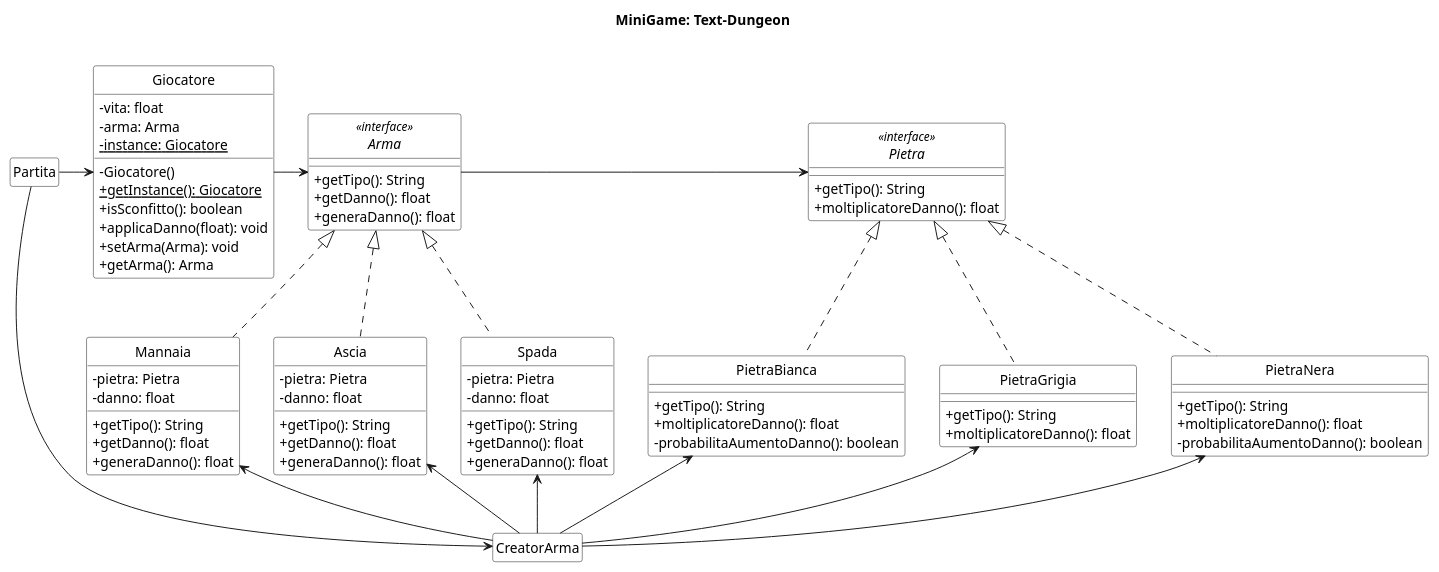
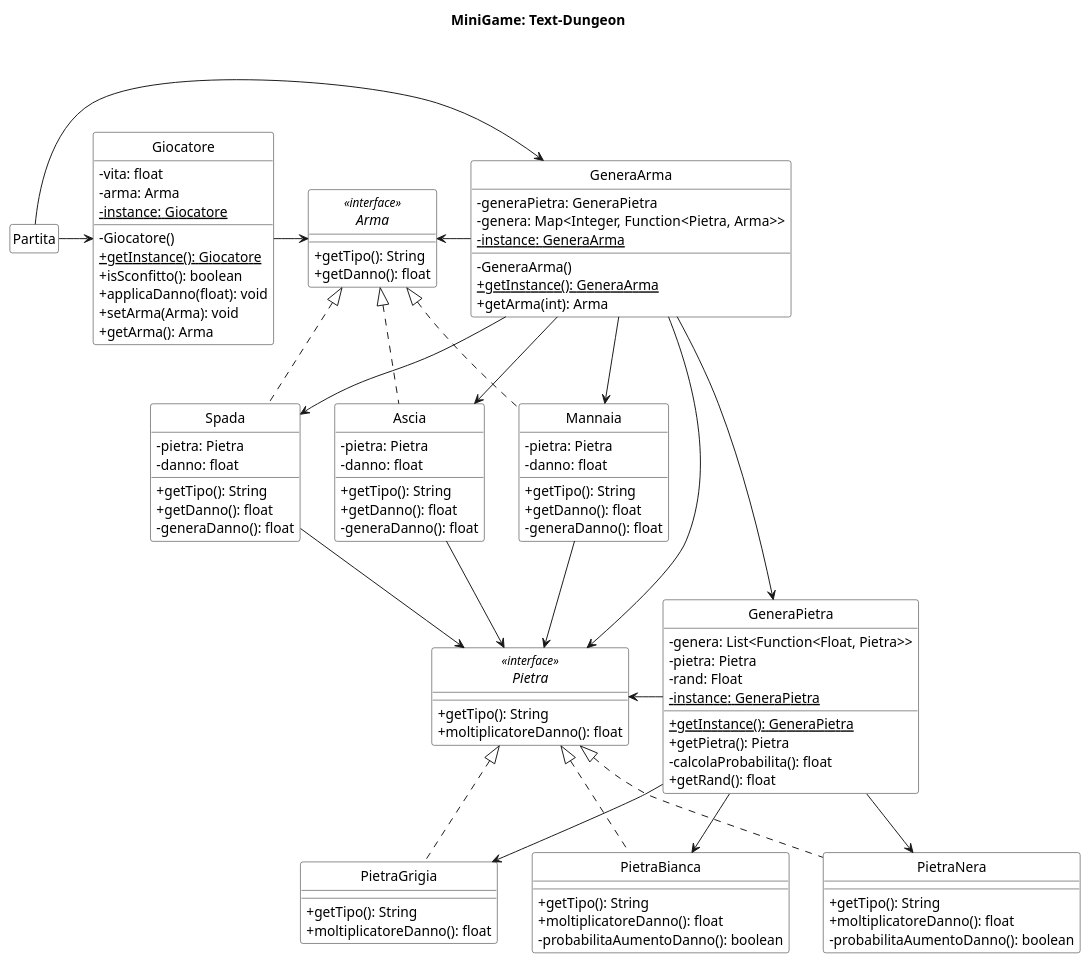
One commit to Gigi-G/text-dungeon changed the diagram in uml/class_diagram.puml. Above: the diagram before and after it, drawn with PlantUML. The commit also changed 53 other files, not shown here.

First line of the commit message:
fix: uml, TestAscia, TestMannaia, TestSpada, Arma, Ascia, Mannaia, Spada

```diff
--- a/uml/class_diagram.puml
+++ b/uml/class_diagram.puml
@@ -3,108 +3,133 @@
 @startuml
 ' START STYLE
 skinparam {
     monochrome true
     classBackgroundColor white
     noteBackgroundColor white
     classAttributeIconSize 0
 }
 hide circle
 ' END STYLE
 
 title MiniGame: Text-Dungeon\n
 
 hide members
 
-class CreatorArma
-
-CreatorArma -u-> Ascia
-CreatorArma -u-> Mannaia
-CreatorArma -u-> Spada
-CreatorArma -u-> PietraGrigia
-CreatorArma -u-> PietraBianca
-CreatorArma -u-> PietraNera
+class GeneraPietra {
+    - genera: List<Function<Float, Pietra>>
+    - pietra: Pietra
+    - rand: Float
+    - instance{static}: GeneraPietra
+    + getInstance(){static}: GeneraPietra
+    + getPietra(): Pietra
+    - calcolaProbabilita(): float
+    + getRand(): float
+}
+show GeneraPietra members
 
 class Partita
-
-Partita -> CreatorArma
 
 class Giocatore {
     - vita: float
     - arma: Arma
     - instance{static}: Giocatore 
     - Giocatore()
     + getInstance(){static}: Giocatore
     + isSconfitto(): boolean
     + applicaDanno(float): void
     + setArma(Arma): void
     + getArma(): Arma
 }
 show Giocatore members
-
-Giocatore -> Arma
-Partita -> Giocatore
-
-interface Arma <<interface>> {
-    + getTipo(): String
-    + getDanno(): float
-    + generaDanno(): float
-}
-show Arma members
 
 interface Pietra <<interface>> {
     + getTipo(): String
     + moltiplicatoreDanno(): float
 }
 show Pietra members
 
 class PietraGrigia implements Pietra {
     + getTipo(): String
     + moltiplicatoreDanno(): float
 }
 show PietraGrigia members
 
 class PietraBianca implements Pietra {
     + getTipo(): String
     + moltiplicatoreDanno(): float
     - probabilitaAumentoDanno(): boolean
 }
 show PietraBianca members
 
 class PietraNera implements Pietra {
     + getTipo(): String
     + moltiplicatoreDanno(): float
     - probabilitaAumentoDanno(): boolean
 }
 show PietraNera members
 
+interface Arma <<interface>> {
+    + getTipo(): String
+    + getDanno(): float
+}
+show Arma members
+
+class GeneraArma {
+    - generaPietra: GeneraPietra
+    - genera: Map<Integer, Function<Pietra, Arma>>
+    - instance{static}: GeneraArma
+    - GeneraArma()
+    + getInstance(){static}: GeneraArma
+    + getArma(int): Arma
+}
+show GeneraArma members
+
 class Ascia implements Arma {
     - pietra: Pietra
     - danno: float
     + getTipo(): String
     + getDanno(): float
-    + generaDanno(): float
+    - generaDanno(): float
 }
 show Ascia members
 
 class Mannaia implements Arma {
     - pietra: Pietra
     - danno: float
     + getTipo(): String
     + getDanno(): float
-    + generaDanno(): float
+    - generaDanno(): float
 }
 show Mannaia members
 
 
 class Spada implements Arma {
     - pietra: Pietra
     - danno: float
     + getTipo(): String
     + getDanno(): float
-    + generaDanno(): float
+    - generaDanno(): float
 }
 show Spada members
 
-Arma -> Pietra
+GeneraPietra -l-> Pietra
+GeneraPietra -d-> PietraGrigia
+GeneraPietra -d-> PietraBianca
+GeneraPietra -d-> PietraNera
+GeneraArma -l-> Arma
+GeneraArma -d-> Ascia
+GeneraArma -d-> Mannaia
+GeneraArma -d-> Spada
+GeneraArma -d-> GeneraPietra
+GeneraArma -d-> Pietra
+
+Ascia -d-> Pietra
+Mannaia -d-> Pietra
+Spada -d-> Pietra
+
+Giocatore -r> Arma
+Partita -r> Giocatore
+
+Partita -r> GeneraArma
 
 @enduml
```
